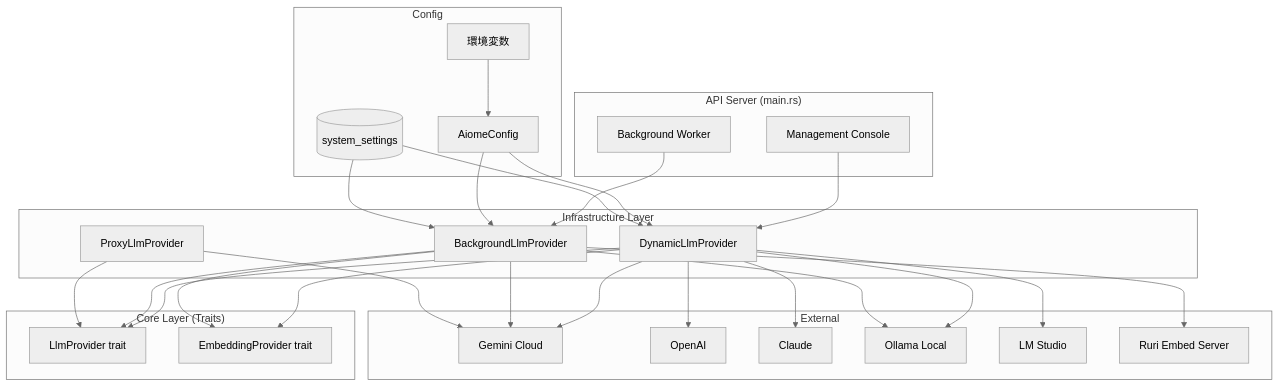
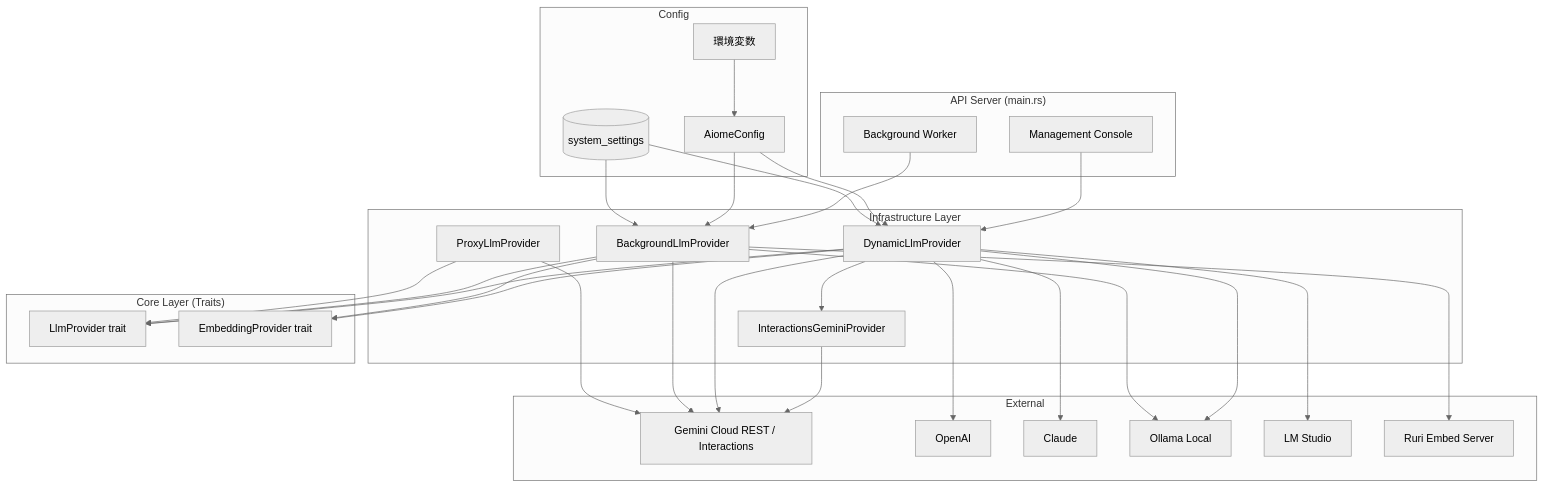
The diagram in docs/architecture/LLM_PROVIDER_ARCHITECTURE.md (for4xex-droid/modular-open-claw), drawn with Mermaid (neutral theme) before and after one commit. The commit also changed other lines of this file and 57 other files, not shown here.

Commit message:
feat(llm): integrate Gemini Interactions API and hybrid context management (Phase 5)

````diff
--- a/docs/architecture/LLM_PROVIDER_ARCHITECTURE.md
+++ b/docs/architecture/LLM_PROVIDER_ARCHITECTURE.md
@@ -136,57 +137,60 @@
 ```mermaid
 graph TB
     subgraph "API Server (main.rs)"
         MC[Management Console]
         BW[Background Worker]
     end
 
     subgraph "Infrastructure Layer"
         DP[DynamicLlmProvider]
         BP[BackgroundLlmProvider]
         PP[ProxyLlmProvider]
+        IG[InteractionsGeminiProvider]
     end
 
     subgraph "Core Layer (Traits)"
         LT[LlmProvider trait]
         ET[EmbeddingProvider trait]
     end
 
     subgraph "Config"
         AC[AiomeConfig]
         DB[(system_settings)]
         ENV[環境変数]
     end
 
     subgraph "External"
-        Gemini[Gemini Cloud]
+        Gemini[Gemini Cloud REST / Interactions]
         OpenAI[OpenAI]
         Claude[Claude]
         Ollama[Ollama Local]
         LMS[LM Studio]
         Ruri[Ruri Embed Server]
     end
 
     MC --> DP
     BW --> BP
     DP --> LT
     DP --> ET
     BP --> LT
     BP --> ET
     PP --> LT
+    DP --> IG
+    IG --> Gemini
 
     AC --> DP
     AC --> BP
     DB --> DP
     DB --> BP
     ENV --> AC
 
     DP --> Gemini
     DP --> OpenAI
     DP --> Claude
     DP --> Ollama
     DP --> LMS
     BP --> Gemini
     BP --> Ollama
     BP --> Ruri
     PP --> Gemini
 ```
````
